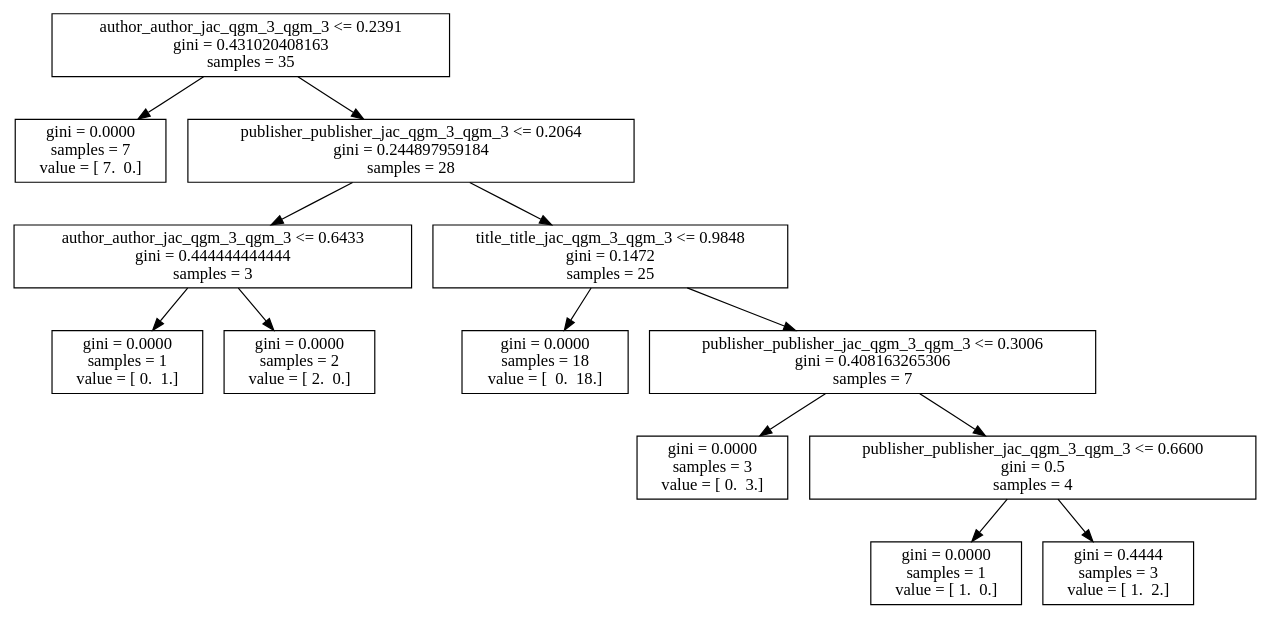
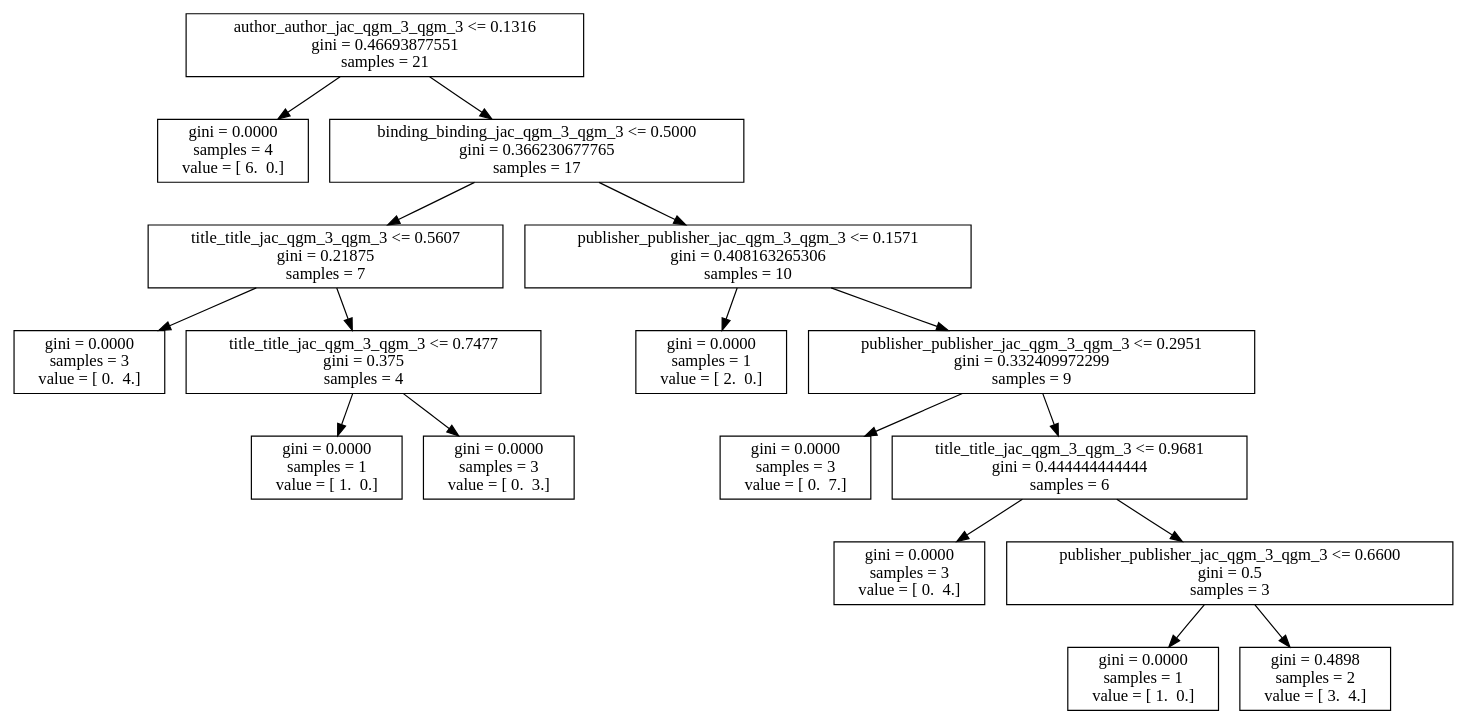
One commit to kvpradap/enrique changed the diagram in notebooks/examples/dt_.dot. Above: the diagram before and after it, drawn with Graphviz. The commit also changed 120 other files, not shown here.

```diff
--- a/notebooks/examples/dt_.dot
+++ b/notebooks/examples/dt_.dot
@@ -1,27 +1,35 @@
 digraph Tree {
-0 [label="author_author_jac_qgm_3_qgm_3 <= 0.2391\ngini = 0.431020408163\nsamples = 35", shape="box"] ;
-1 [label="gini = 0.0000\nsamples = 7\nvalue = [ 7.  0.]", shape="box"] ;
+0 [label="author_author_jac_qgm_3_qgm_3 <= 0.1316\ngini = 0.46693877551\nsamples = 21", shape="box"] ;
+1 [label="gini = 0.0000\nsamples = 4\nvalue = [ 6.  0.]", shape="box"] ;
 0 -> 1 ;
-2 [label="publisher_publisher_jac_qgm_3_qgm_3 <= 0.2064\ngini = 0.244897959184\nsamples = 28", shape="box"] ;
+2 [label="binding_binding_jac_qgm_3_qgm_3 <= 0.5000\ngini = 0.366230677765\nsamples = 17", shape="box"] ;
 0 -> 2 ;
-3 [label="author_author_jac_qgm_3_qgm_3 <= 0.6433\ngini = 0.444444444444\nsamples = 3", shape="box"] ;
+3 [label="title_title_jac_qgm_3_qgm_3 <= 0.5607\ngini = 0.21875\nsamples = 7", shape="box"] ;
 2 -> 3 ;
-4 [label="gini = 0.0000\nsamples = 1\nvalue = [ 0.  1.]", shape="box"] ;
+4 [label="gini = 0.0000\nsamples = 3\nvalue = [ 0.  4.]", shape="box"] ;
 3 -> 4 ;
-5 [label="gini = 0.0000\nsamples = 2\nvalue = [ 2.  0.]", shape="box"] ;
+5 [label="title_title_jac_qgm_3_qgm_3 <= 0.7477\ngini = 0.375\nsamples = 4", shape="box"] ;
 3 -> 5 ;
-6 [label="title_title_jac_qgm_3_qgm_3 <= 0.9848\ngini = 0.1472\nsamples = 25", shape="box"] ;
-2 -> 6 ;
-7 [label="gini = 0.0000\nsamples = 18\nvalue = [  0.  18.]", shape="box"] ;
-6 -> 7 ;
-8 [label="publisher_publisher_jac_qgm_3_qgm_3 <= 0.3006\ngini = 0.408163265306\nsamples = 7", shape="box"] ;
-6 -> 8 ;
-9 [label="gini = 0.0000\nsamples = 3\nvalue = [ 0.  3.]", shape="box"] ;
+6 [label="gini = 0.0000\nsamples = 1\nvalue = [ 1.  0.]", shape="box"] ;
+5 -> 6 ;
+7 [label="gini = 0.0000\nsamples = 3\nvalue = [ 0.  3.]", shape="box"] ;
+5 -> 7 ;
+8 [label="publisher_publisher_jac_qgm_3_qgm_3 <= 0.1571\ngini = 0.408163265306\nsamples = 10", shape="box"] ;
+2 -> 8 ;
+9 [label="gini = 0.0000\nsamples = 1\nvalue = [ 2.  0.]", shape="box"] ;
 8 -> 9 ;
-10 [label="publisher_publisher_jac_qgm_3_qgm_3 <= 0.6600\ngini = 0.5\nsamples = 4", shape="box"] ;
+10 [label="publisher_publisher_jac_qgm_3_qgm_3 <= 0.2951\ngini = 0.332409972299\nsamples = 9", shape="box"] ;
 8 -> 10 ;
-11 [label="gini = 0.0000\nsamples = 1\nvalue = [ 1.  0.]", shape="box"] ;
+11 [label="gini = 0.0000\nsamples = 3\nvalue = [ 0.  7.]", shape="box"] ;
 10 -> 11 ;
-12 [label="gini = 0.4444\nsamples = 3\nvalue = [ 1.  2.]", shape="box"] ;
+12 [label="title_title_jac_qgm_3_qgm_3 <= 0.9681\ngini = 0.444444444444\nsamples = 6", shape="box"] ;
 10 -> 12 ;
+13 [label="gini = 0.0000\nsamples = 3\nvalue = [ 0.  4.]", shape="box"] ;
+12 -> 13 ;
+14 [label="publisher_publisher_jac_qgm_3_qgm_3 <= 0.6600\ngini = 0.5\nsamples = 3", shape="box"] ;
+12 -> 14 ;
+15 [label="gini = 0.0000\nsamples = 1\nvalue = [ 1.  0.]", shape="box"] ;
+14 -> 15 ;
+16 [label="gini = 0.4898\nsamples = 2\nvalue = [ 3.  4.]", shape="box"] ;
+14 -> 16 ;
 }
```
